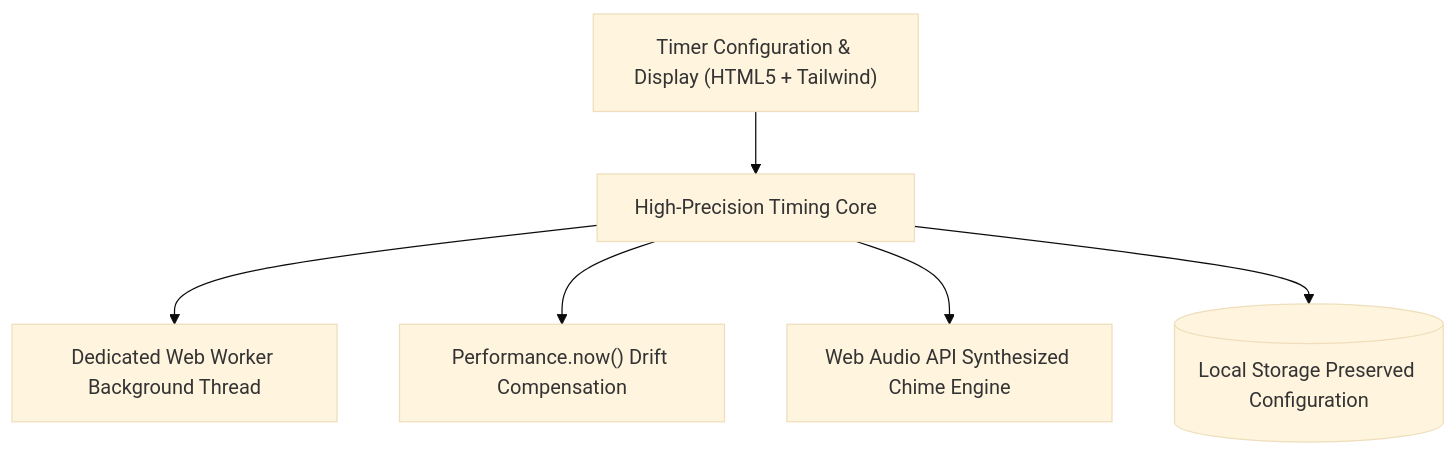
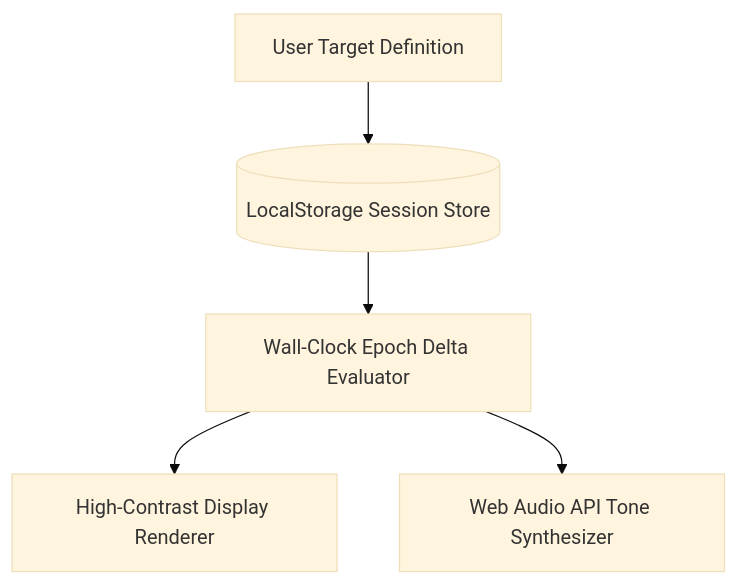
The diagram in README.md (Tharun4743/Countdown_timer), drawn with Mermaid (base theme) before and after one commit. The commit also changed other lines of this file and 3 other files, not shown here.

````diff
--- a/README.md
+++ b/README.md
@@ -58,8 +38,7 @@
 ```mermaid
-graph TD
-    UI["Timer Configuration & Display (HTML5 + Tailwind)"] --> Engine["High-Precision Timing Core"]
-    Engine --> Worker["Dedicated Web Worker Background Thread"]
-    Engine --> Drift["Performance.now() Drift Compensation"]
-    Engine --> Audio["Web Audio API Synthesized Chime Engine"]
-    Engine --> State[("Local Storage Preserved Configuration")]
+flowchart TD
+    User["User Target Definition"] --> Storage[("LocalStorage Session Store")]
+    Storage --> EpochEngine["Wall-Clock Epoch Delta Evaluator"]
+    EpochEngine --> Renderer["High-Contrast Display Renderer"]
+    EpochEngine --> Audio["Web Audio API Tone Synthesizer"]
 ```
````
